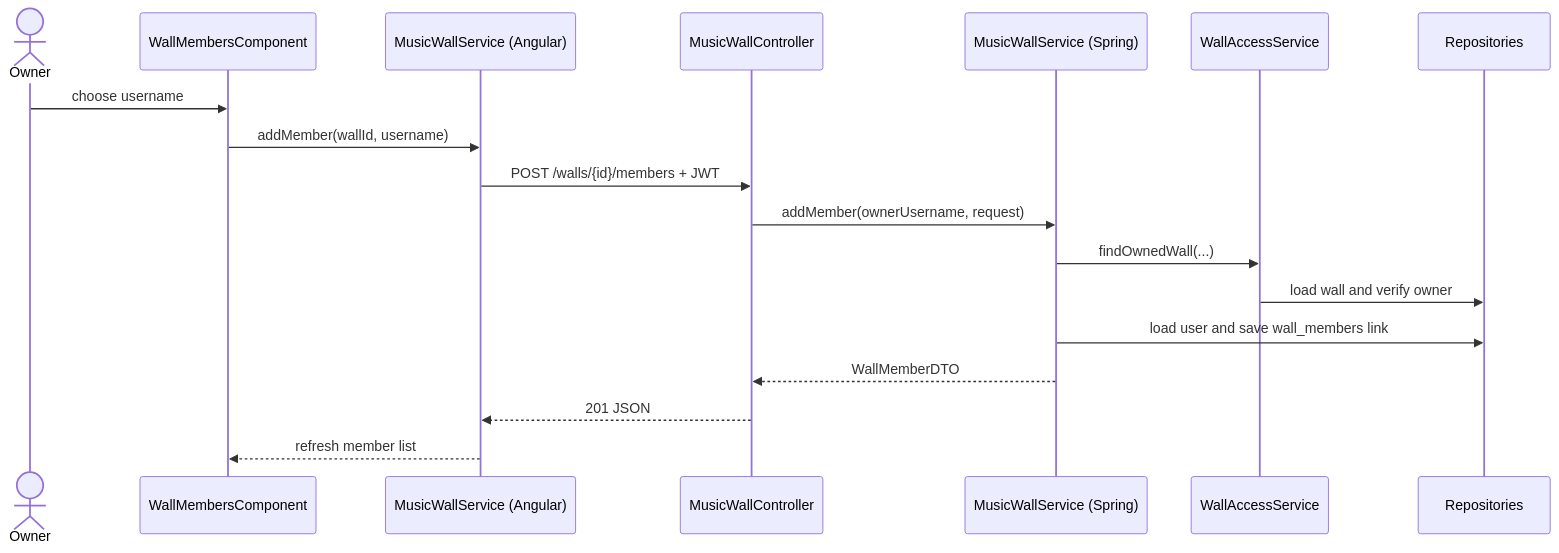
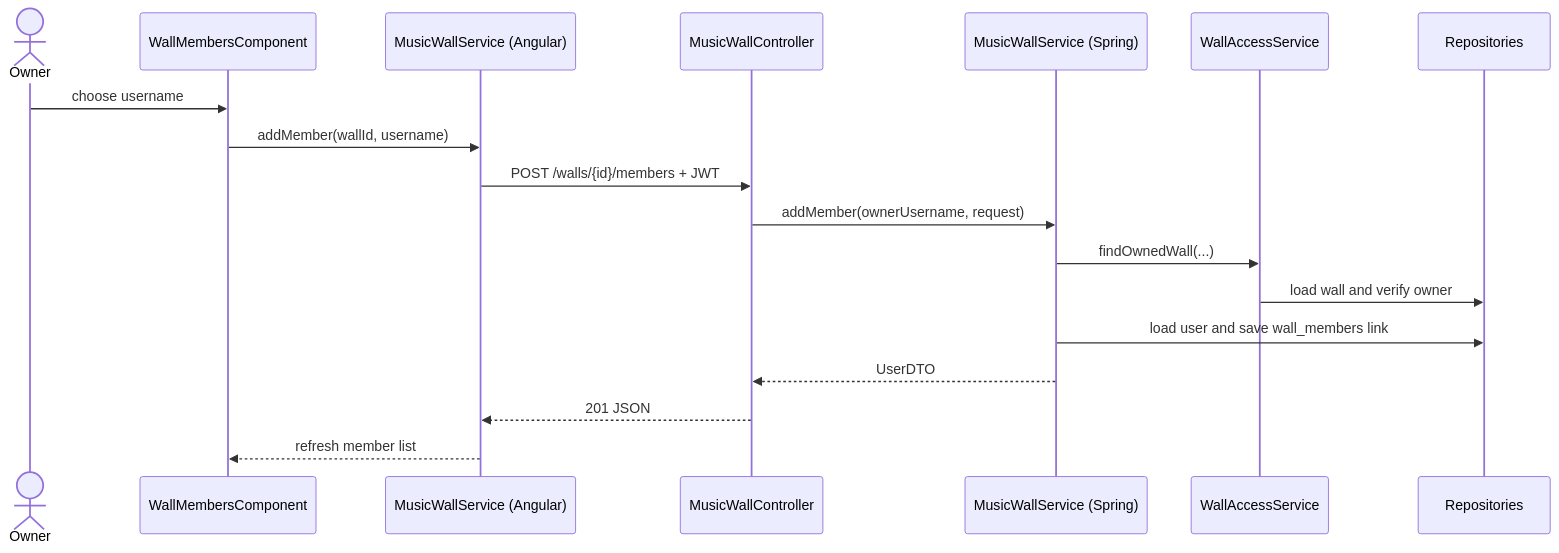
Before and after one commit to jannagudumac/music-wall: the fifth of 6 diagrams in docs/architecture-and-defense.md, drawn with Mermaid. The commit also changed 33 other files, not shown here.

````diff
--- a/docs/architecture-and-defense.md
+++ b/docs/architecture-and-defense.md
@@ -169,20 +169,20 @@
 ```mermaid
 sequenceDiagram
   actor Owner
   participant UI as WallMembersComponent
   participant A as MusicWallService (Angular)
   participant C as MusicWallController
   participant S as MusicWallService (Spring)
   participant W as WallAccessService
   participant R as Repositories
   Owner->>UI: choose username
   UI->>A: addMember(wallId, username)
   A->>C: POST /walls/{id}/members + JWT
   C->>S: addMember(ownerUsername, request)
   S->>W: findOwnedWall(...)
   W->>R: load wall and verify owner
   S->>R: load user and save wall_members link
-  S-->>C: WallMemberDTO
+  S-->>C: UserDTO
   C-->>A: 201 JSON
   A-->>UI: refresh member list
 ```
````
